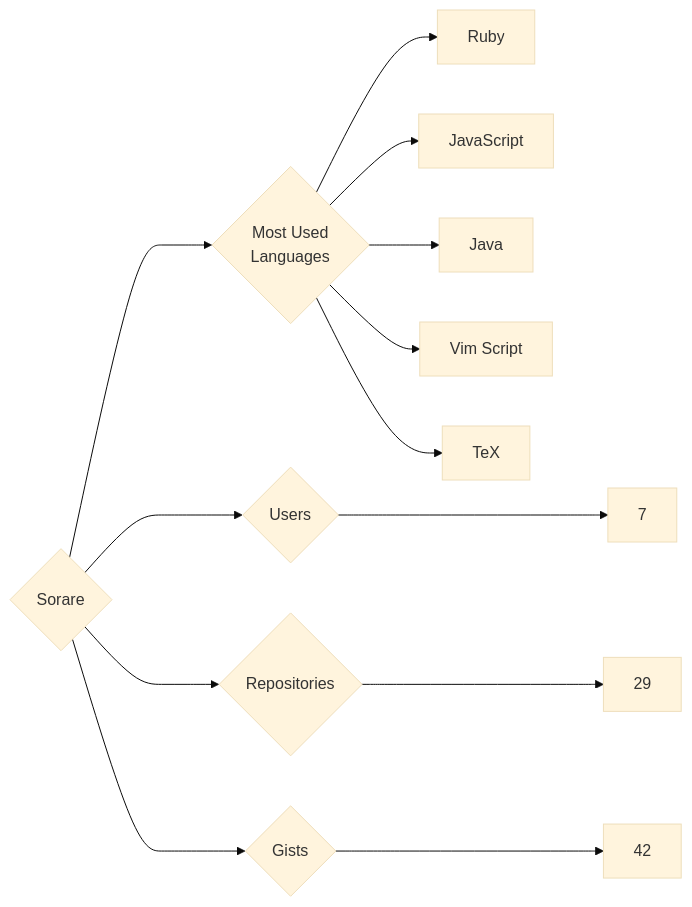
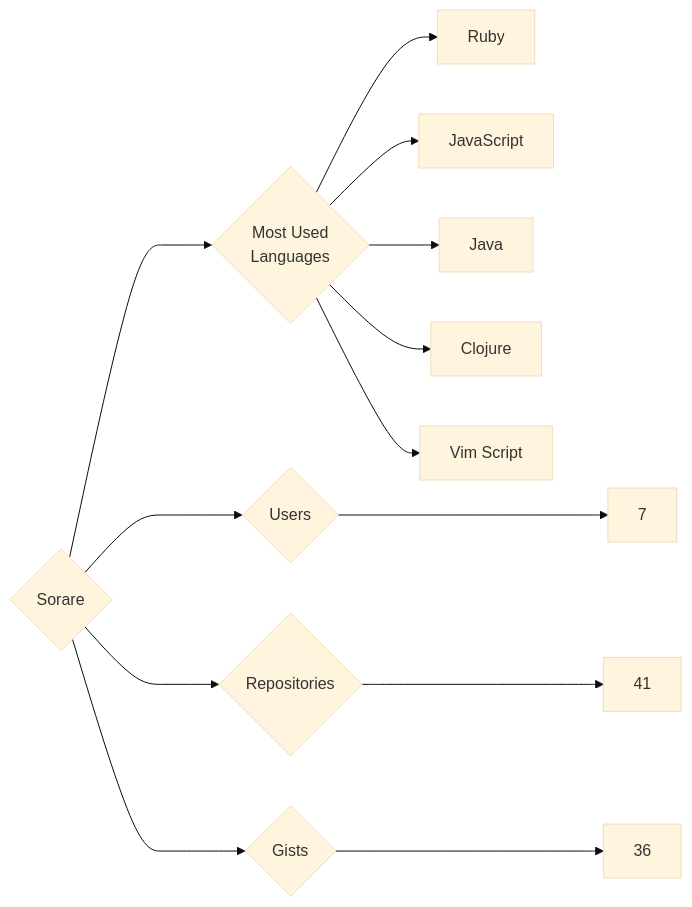
The diagram in targets/Sorare/README.md (trickest/insiders), drawn with Mermaid (base theme) before and after one commit. The commit also changed 1508 other files, not shown here.

````diff
--- a/targets/Sorare/README.md
+++ b/targets/Sorare/README.md
@@ -3,13 +3,13 @@
 ```mermaid
 graph LR
 COMPANY_NAME{Sorare}
 COMPANY_NAME ---> U{Users} ---> UN[7]
-COMPANY_NAME ---> R{Repositories} ---> RN[29]
-COMPANY_NAME ---> G{Gists} ---> GN[42]
+COMPANY_NAME ---> R{Repositories} ---> RN[41]
+COMPANY_NAME ---> G{Gists} ---> GN[36]
 COMPANY_NAME ---> ML{Most Used<br>Languages}
 ML --> Ruby[Ruby]
 ML --> JavaScript[JavaScript]
 ML --> Java[Java]
+ML --> Clojure[Clojure]
 ML --> Vim_Script[Vim Script]
-ML --> TeX[TeX]
 ```
````
